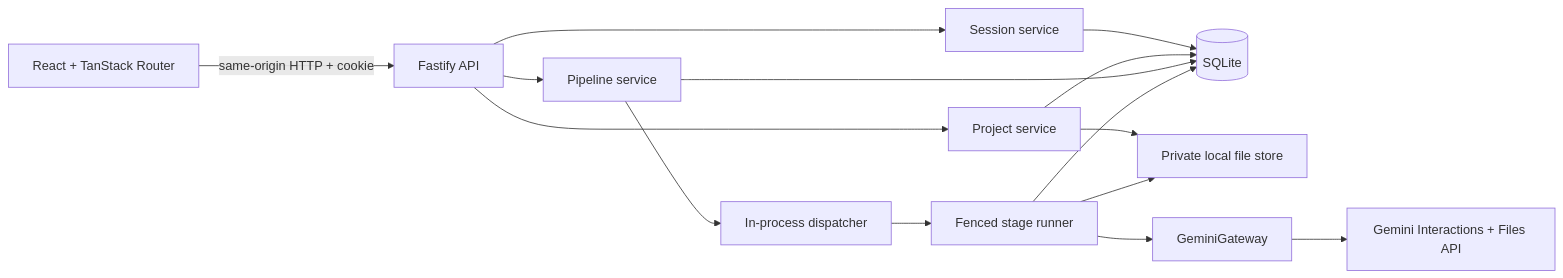
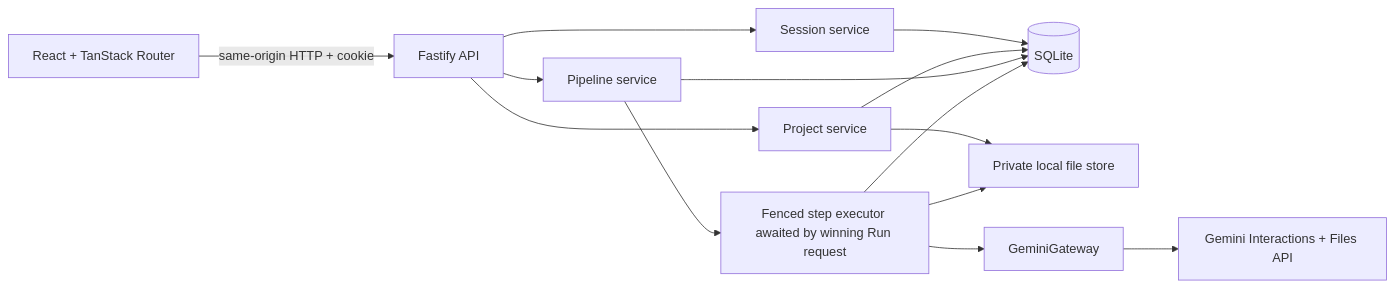
The diagram in docs/implementation-plan.md (XuanSang2005/Folio-Book-Studio), drawn with Mermaid before and after one commit. The commit also changed other lines of this file and 64 other files, not shown here.

````diff
--- a/docs/implementation-plan.md
+++ b/docs/implementation-plan.md
@@ -116,17 +116,16 @@
 ```mermaid
 flowchart LR
     Browser["React + TanStack Router"] -->|same-origin HTTP + cookie| API["Fastify API"]
     API --> Sessions["Session service"]
     API --> Projects["Project service"]
     API --> Pipeline["Pipeline service"]
-    Pipeline --> Dispatcher["In-process dispatcher"]
-    Dispatcher --> Runner["Fenced stage runner"]
+    Pipeline --> Runner["Fenced step executor awaited by winning Run request"]
     Sessions --> DB[(SQLite)]
     Projects --> DB
     Pipeline --> DB
     Runner --> DB
     Projects --> Files["Private local file store"]
     Runner --> Files
     Runner --> Gateway["GeminiGateway"]
     Gateway --> Gemini["Gemini Interactions + Files API"]
 ```
````
